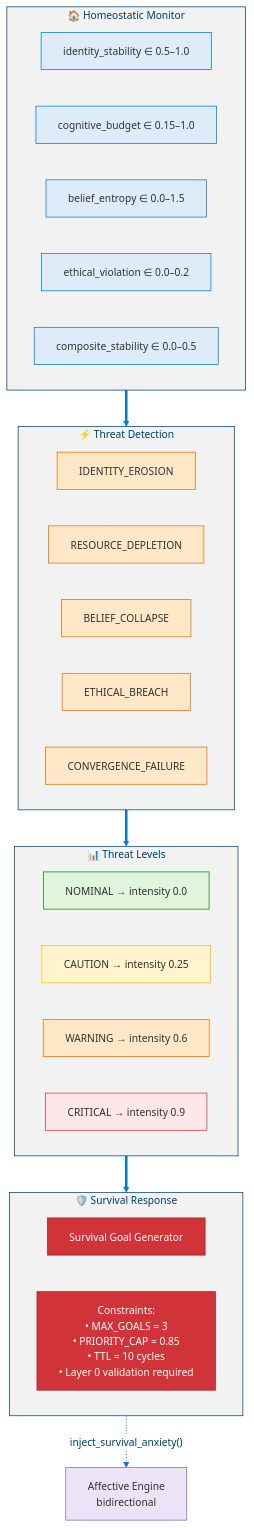
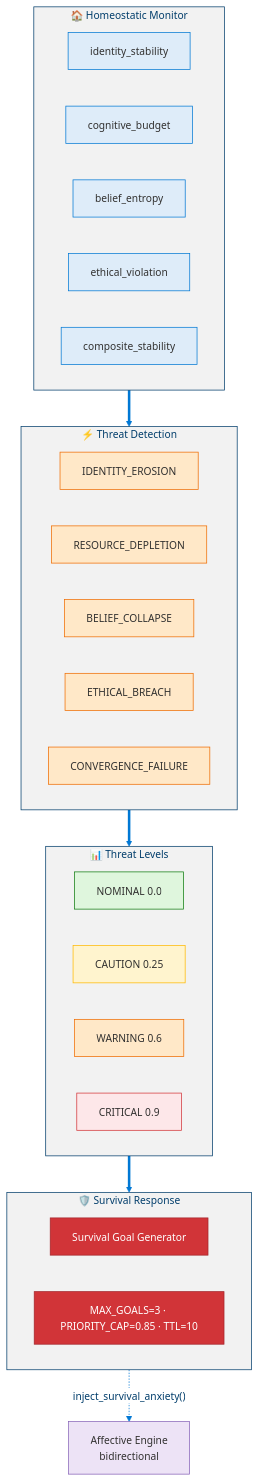
One commit to dotnetpower/mscp changed diagram 15 of 19 in docs/levels/Level_3_Self_Regulating_Agent.md. Above: the diagram before and after it, drawn with Mermaid. The commit also changed other lines of this file and 10 other files, not shown here.

````diff
--- a/docs/levels/Level_3_Self_Regulating_Agent.md
+++ b/docs/levels/Level_3_Self_Regulating_Agent.md
@@ -882,46 +911,50 @@
 ```mermaid
 %%{init: {'theme': 'base', 'themeVariables': {'primaryColor': '#0078D4', 'primaryTextColor': '#003D6B', 'primaryBorderColor': '#003D6B', 'secondaryColor': '#50E6FF', 'secondaryTextColor': '#323130', 'secondaryBorderColor': '#00BCF2', 'tertiaryColor': '#F2F2F2', 'tertiaryTextColor': '#323130', 'lineColor': '#0078D4', 'textColor': '#323130', 'mainBkg': '#DEECF9', 'nodeBorder': '#0078D4', 'clusterBkg': '#F2F2F2', 'clusterBorder': '#003D6B', 'titleColor': '#003D6B', 'edgeLabelBackground': '#FFFFFF', 'fontSize': '14px'}}}%%
 flowchart TD
   classDef monitor fill:#DEECF9,stroke:#0078D4,color:#323130
   classDef threat fill:#FFE8C8,stroke:#EF6C00,color:#323130
   classDef level fill:#FFF4CE,stroke:#FFB900,color:#323130
   classDef levelGreen fill:#DFF6DD,stroke:#107C10,color:#323130
   classDef levelRed fill:#FDE7E9,stroke:#D13438,color:#323130
   classDef response fill:#D13438,stroke:#A4262C,color:#FFF
   classDef affect fill:#EDE3F6,stroke:#8764B8,color:#323130
 
   subgraph Monitoring["🏠 Homeostatic Monitor"]
-    H1["identity_stability ∈ 0.5–1.0"]:::monitor
-    H2["cognitive_budget ∈ 0.15–1.0"]:::monitor
-    H3["belief_entropy ∈ 0.0–1.5"]:::monitor
-    H4["ethical_violation ∈ 0.0–0.2"]:::monitor
-    H5["composite_stability ∈ 0.0–0.5"]:::monitor
+    direction LR
+    H1["identity_stability"]:::monitor
+    H2["cognitive_budget"]:::monitor
+    H3["belief_entropy"]:::monitor
+    H4["ethical_violation"]:::monitor
+    H5["composite_stability"]:::monitor
   end
 
   subgraph Detection["⚡ Threat Detection"]
+    direction LR
     T1["IDENTITY_EROSION"]:::threat
     T2["RESOURCE_DEPLETION"]:::threat
     T3["BELIEF_COLLAPSE"]:::threat
     T4["ETHICAL_BREACH"]:::threat
     T5["CONVERGENCE_FAILURE"]:::threat
   end
 
   subgraph Levels["📊 Threat Levels"]
-    TL1["NOMINAL → intensity 0.0"]:::levelGreen
-    TL2["CAUTION → intensity 0.25"]:::level
-    TL3["WARNING → intensity 0.6"]:::threat
-    TL4["CRITICAL → intensity 0.9"]:::levelRed
+    direction LR
+    TL1["NOMINAL 0.0"]:::levelGreen
+    TL2["CAUTION 0.25"]:::level
+    TL3["WARNING 0.6"]:::threat
+    TL4["CRITICAL 0.9"]:::levelRed
   end
 
   subgraph Response["🛡️ Survival Response"]
+    direction LR
     SG["Survival Goal Generator"]:::response
-    CONSTRAINTS["Constraints:<br/>• MAX_GOALS = 3<br/>• PRIORITY_CAP = 0.85<br/>• TTL = 10 cycles<br/>• Layer 0 validation required"]:::response
+    CONSTRAINTS["MAX_GOALS=3 · PRIORITY_CAP=0.85 · TTL=10"]:::response
   end
 
   AE_REF["Affective Engine<br/>bidirectional"]:::affect
 
   Monitoring ==> Detection
   Detection ==> Levels
   Levels ==> Response
   Response -.->|"inject_survival_anxiety()"| AE_REF
 ```
````
